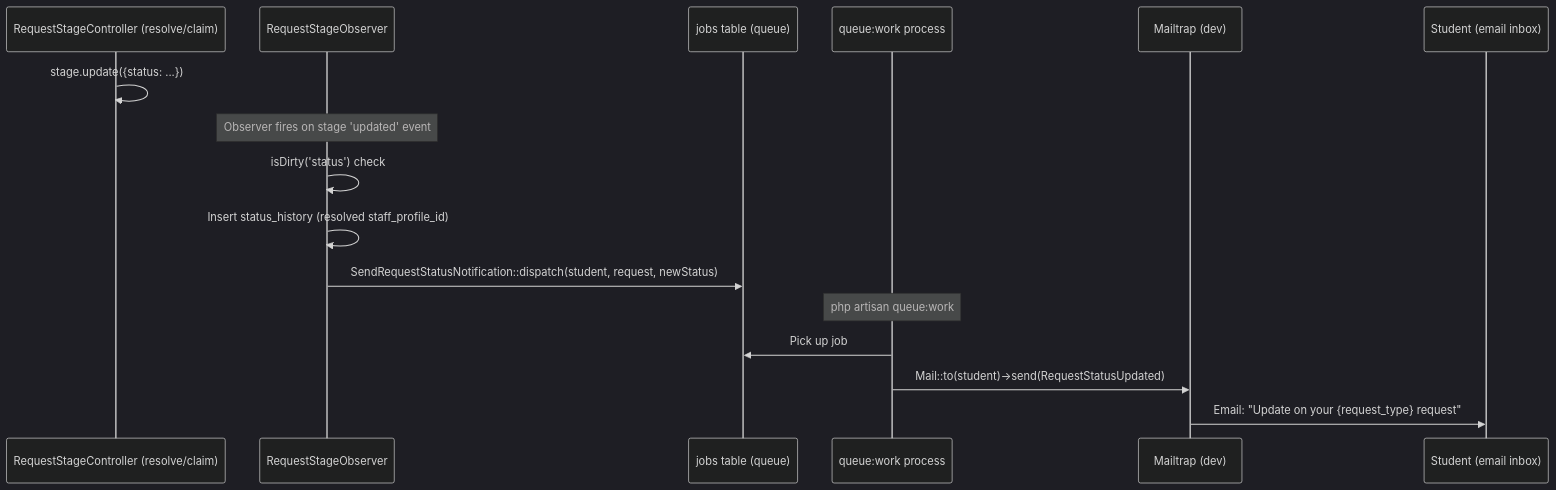
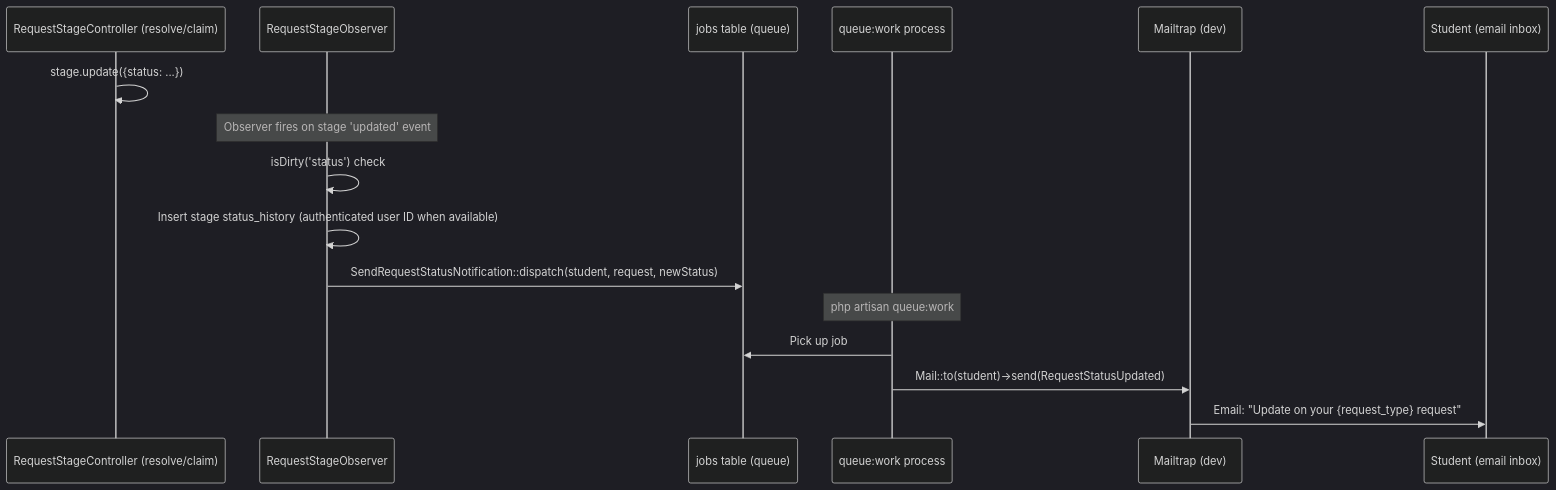
Before and after one commit to Sama-Mokom/CampusDesk: the ninth of 9 diagrams in Docs/USER_FLOWS.md, drawn with Mermaid (dark theme). The commit also changed other lines of this file and 35 other files, not shown here.

First line of the commit message:
feat(requests): implemented audited rejected-request reopen flow

````diff
--- a/Docs/USER_FLOWS.md
+++ b/Docs/USER_FLOWS.md
@@ -242,19 +242,19 @@
 ```mermaid
 sequenceDiagram
     participant RSC as RequestStageController (resolve/claim)
     participant RO as RequestStageObserver
     participant JQ as jobs table (queue)
     participant QW as queue:work process
     participant M as Mailtrap (dev)
     participant ST as Student (email inbox)
 
     RSC->>RSC: stage.update({status: ...})
     Note over RO: Observer fires on stage 'updated' event
     RO->>RO: isDirty('status') check
-    RO->>RO: Insert status_history (resolved staff_profile_id)
+    RO->>RO: Insert stage status_history (authenticated user ID when available)
     RO->>JQ: SendRequestStatusNotification::dispatch(student, request, newStatus)
     Note over QW: php artisan queue:work
     QW->>JQ: Pick up job
     QW->>M: Mail::to(student)->send(RequestStatusUpdated)
     M->>ST: Email: "Update on your {request_type} request"
 ```
````
